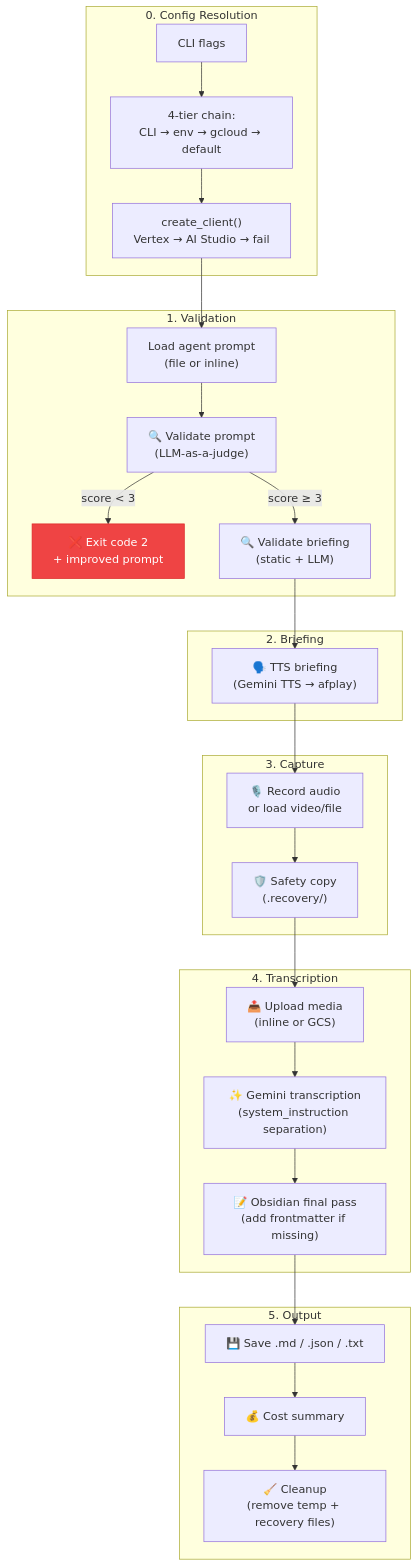
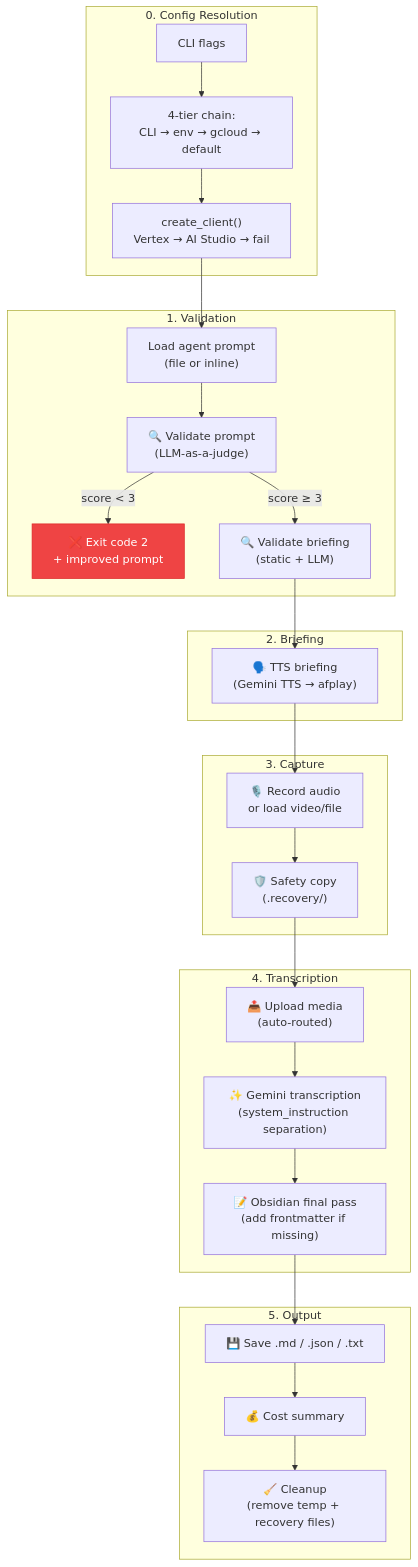
The sixth of 6 diagrams in docs/explanation/architecture.md (Aurelian-Shuttleworth/agent-ear), drawn with Mermaid before and after one commit. The commit also changed other lines of this file and 9 other files, not shown here.

````diff
--- a/docs/explanation/architecture.md
+++ b/docs/explanation/architecture.md
@@ -217,37 +219,37 @@
 ```mermaid
 flowchart TD
     subgraph "0. Config Resolution"
         CLI["CLI flags"] --> Resolve["4-tier chain:<br/>CLI → env → gcloud → default"]
         Resolve --> Auth["create_client()<br/>Vertex → AI Studio → fail"]
     end
 
     subgraph "1. Validation"
         Auth --> LoadPrompt["Load agent prompt<br/>(file or inline)"]
         LoadPrompt --> ValidatePrompt["🔍 Validate prompt<br/>(LLM-as-a-judge)"]
         ValidatePrompt -->|"score < 3"| Reject["❌ Exit code 2<br/>+ improved prompt"]
         ValidatePrompt -->|"score ≥ 3"| ValidateBriefing["🔍 Validate briefing<br/>(static + LLM)"]
     end
 
     subgraph "2. Briefing"
         ValidateBriefing --> TTS["🗣️ TTS briefing<br/>(Gemini TTS → afplay)"]
     end
 
     subgraph "3. Capture"
         TTS --> Record["🎙️ Record audio<br/>or load video/file"]
         Record --> Safety["🛡️ Safety copy<br/>(.recovery/)"]
     end
 
     subgraph "4. Transcription"
-        Safety --> Upload["📤 Upload media<br/>(inline or GCS)"]
+        Safety --> Upload["📤 Upload media<br/>(auto-routed)"]
         Upload --> Transcribe["✨ Gemini transcription<br/>(system_instruction separation)"]
         Transcribe --> FinalPass["📝 Obsidian final pass<br/>(add frontmatter if missing)"]
     end
 
     subgraph "5. Output"
         FinalPass --> Save["💾 Save .md / .json / .txt"]
         Save --> Cost["💰 Cost summary"]
         Cost --> Cleanup["🧹 Cleanup<br/>(remove temp + recovery files)"]
     end
 
     style Reject fill:#ef4444,stroke:#dc2626,color:#fff
 ```
````
